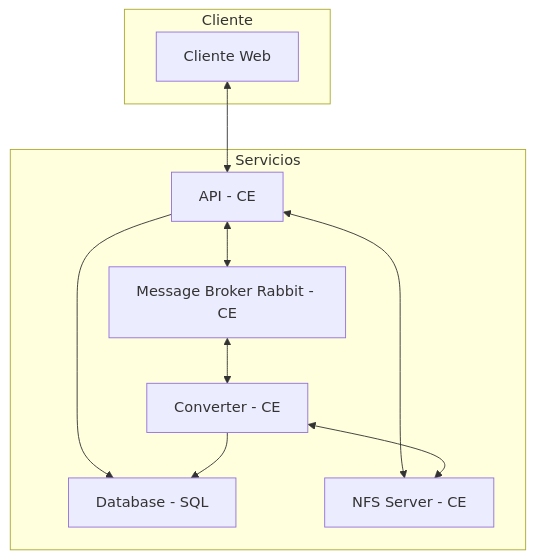
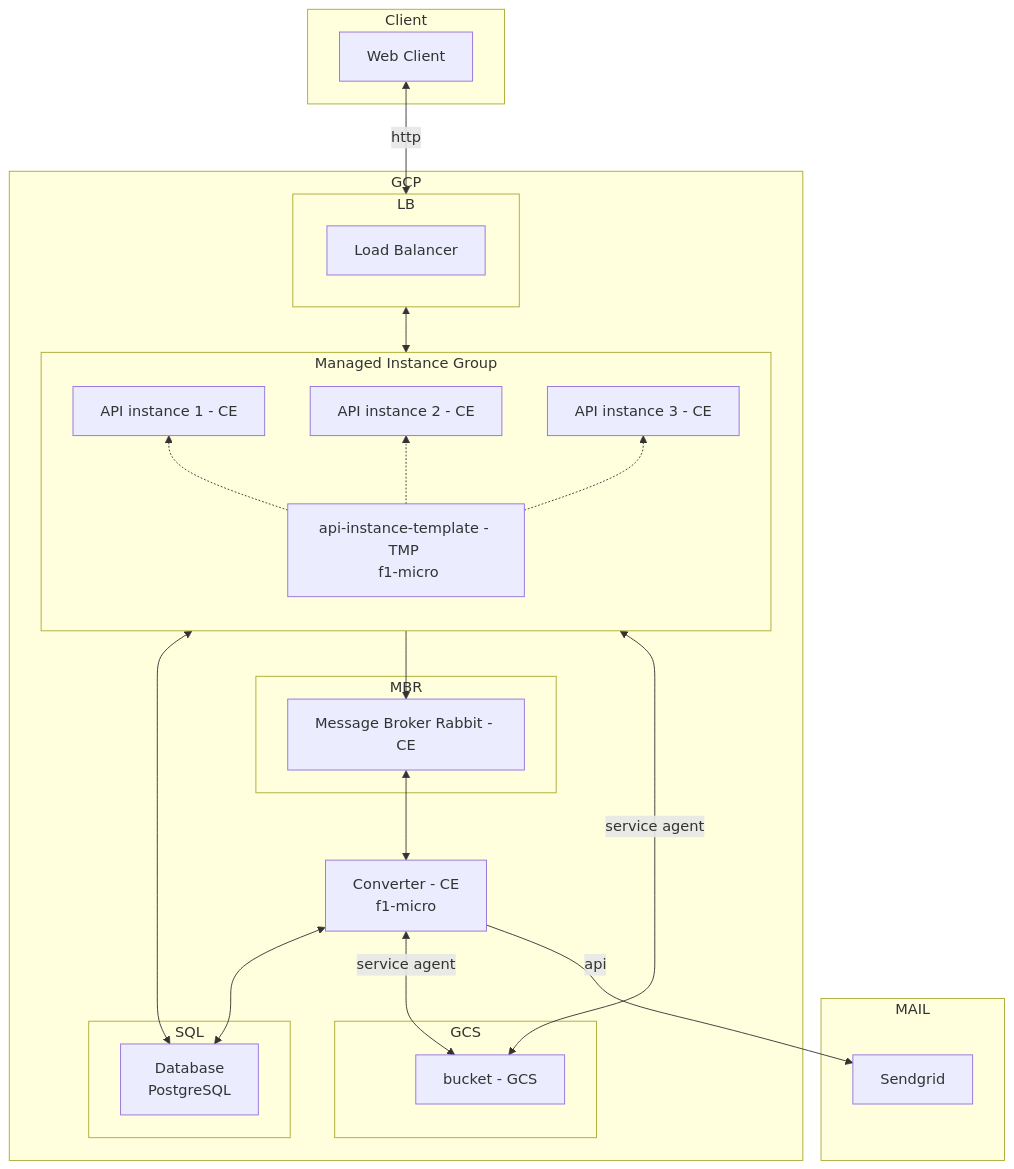
One commit to muniter/uni_cloud_convert changed the first of 4 diagrams in README.md. Above: the diagram before and after it, drawn with Mermaid. The commit also changed other lines of this file and 1 other file, not shown here.

````diff
--- a/README.md
+++ b/README.md
@@ -26,20 +34,43 @@
 ```mermaid
 flowchart TD
-  subgraph Cliente
-    web[Cliente Web]
+  subgraph Client
+    web[Web Client]
   end
-  web<-->api
-  subgraph Servicios
-    api[API - CE]
-    co[Converter - CE]
-    mb[Message Broker Rabbit - CE]
-    db[Database - SQL]
-    nfs[NFS Server - CE]
-    api<-->mb
-    api<-->nfs
-    api-->db
-    co<-->nfs
+  subgraph MAIL
+    mail[Sendgrid]
+  end
+  web<--http-->LB
+  subgraph GCP
+    subgraph LB
+      bal[Load Balancer]
+    end
+    LB <--> MIG
+    subgraph MIG[Managed Instance Group]
+      direction BT
+      api1[API instance 1 - CE]
+      api2[API instance 2 - CE]
+      apin[API instance 3 - CE]
+      tem[api-instance-template - TMP \n f1-micro]
+      tem-.->api1
+      tem-.->api2
+      tem-.->apin
+    end
+    subgraph MBR
+      mb[Message Broker Rabbit - CE]
+    end
+    subgraph SQL
+      db[Database \n PostgreSQL]
+    end
+    co[Converter - CE \n f1-micro]
+    subgraph GCS
+      gcs[bucket - GCS]
+    end
+    MIG<-->db
+    MIG --> mb
+    co<-->db
     mb<-->co
-    co-->db
+    co<--service agent-->gcs
+    MIG <--service agent-->gcs
+    co--api-->mail 
   end
 ```
````
